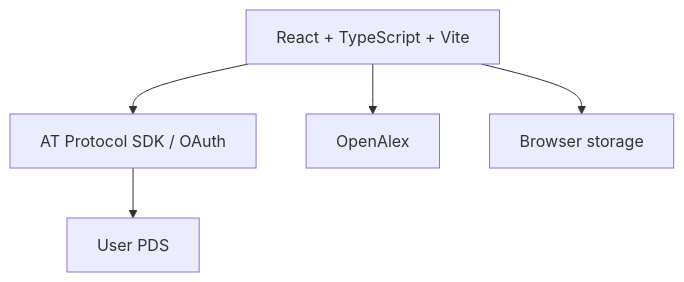
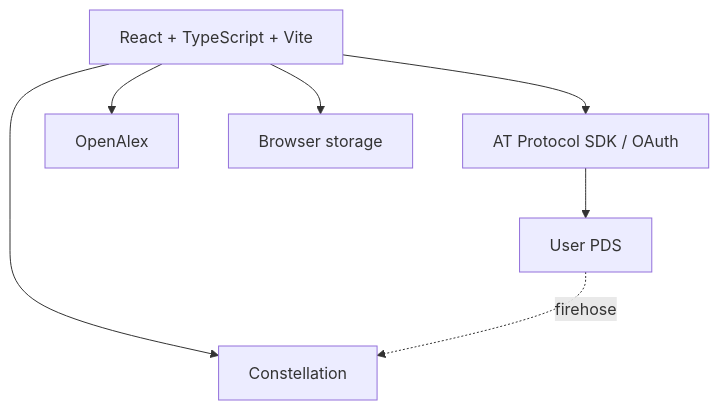
One commit to Caffeinated-Coders-CSE-210/PaperTrail changed the diagram in docs/architecture.md. Above: the diagram before and after it, drawn with Mermaid. The commit also changed other lines of this file and 2 other files, not shown here.

Commit message:
docs: Include Constellation

````diff
--- a/docs/architecture.md
+++ b/docs/architecture.md
@@ -28,11 +30,14 @@
 ```mermaid
 flowchart TD
     UI[React + TypeScript + Vite]
     AT[AT Protocol SDK / OAuth]
     PDS[User PDS]
     OA[OpenAlex]
     LOCAL[Browser storage]
+    CONST[Constellation]
     UI --> AT --> PDS
     UI --> OA
     UI --> LOCAL
+    UI --> CONST
+    PDS -. firehose .-> CONST
 ```
````
